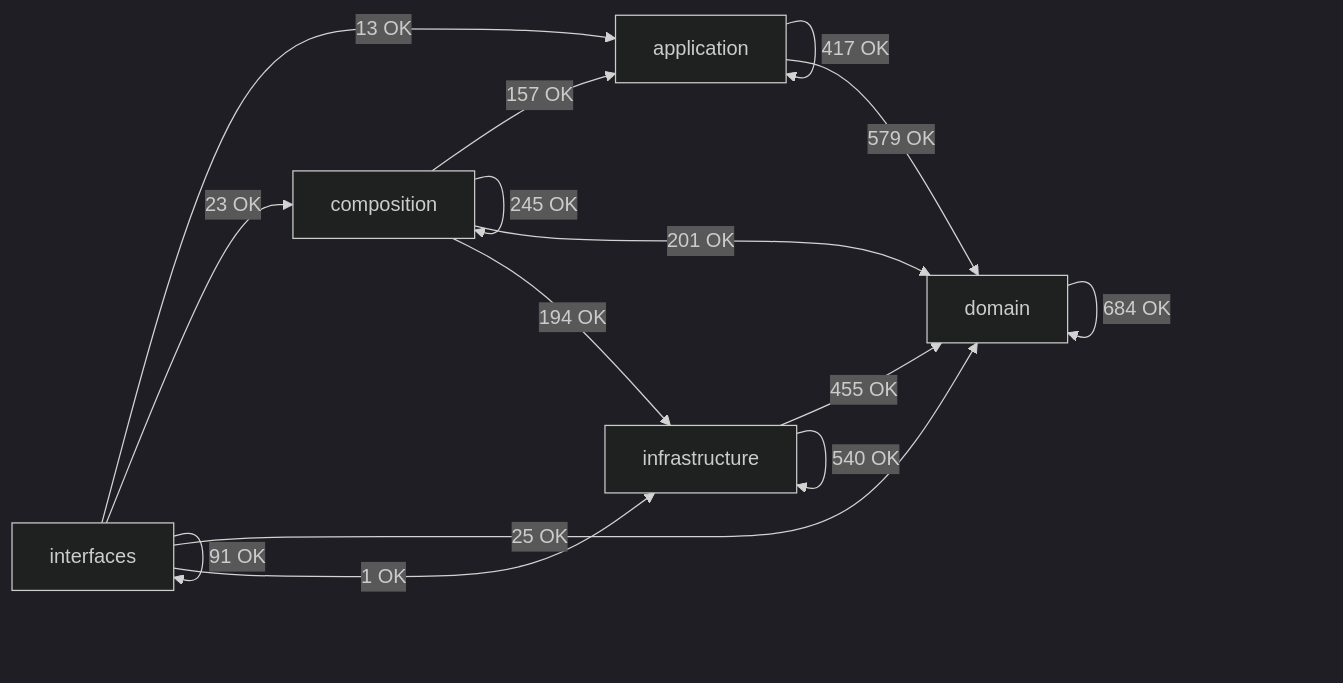
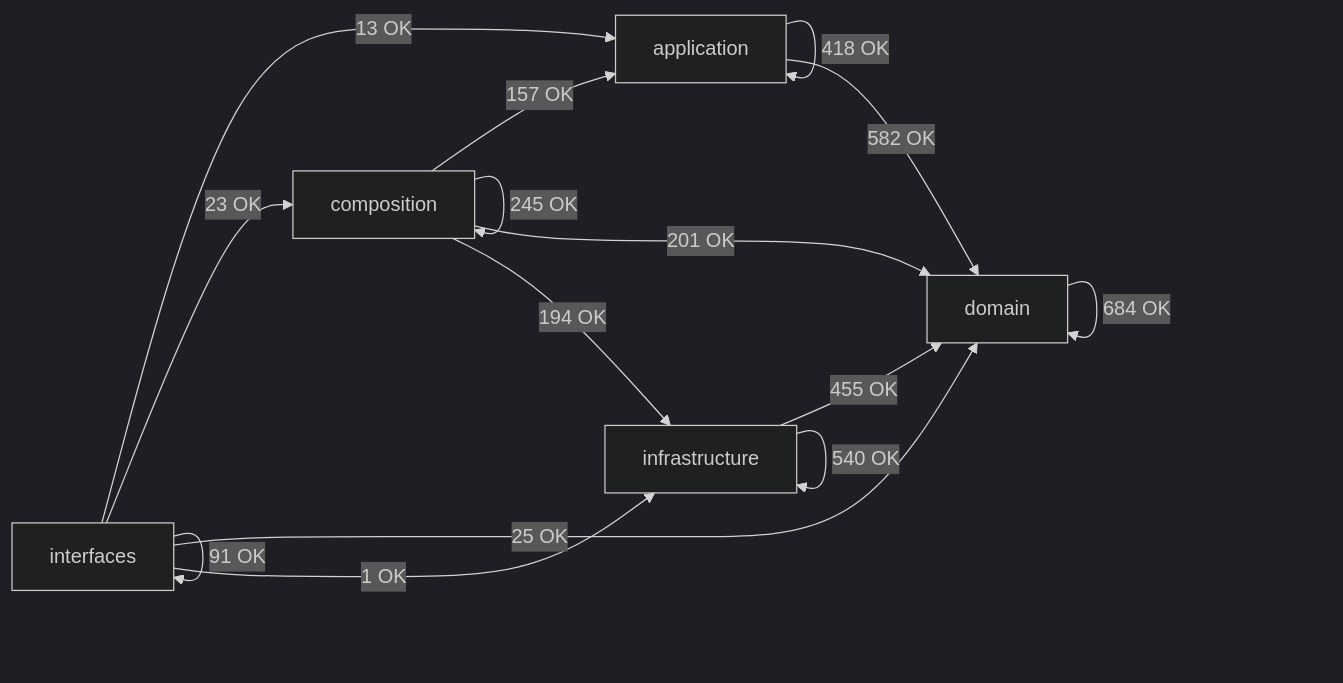
The diagram in docs/02-architecture/generated/module-dependency-map.md (SatoryKono/BioactivityDataAcquisition), drawn with Mermaid (dark theme) before and after one commit. The commit also changed other lines of this file and 28 other files, not shown here.

````diff
--- a/docs/02-architecture/generated/module-dependency-map.md
+++ b/docs/02-architecture/generated/module-dependency-map.md
@@ -16,22 +16,22 @@
 ```mermaid
 flowchart LR
     domain[domain]
     application[application]
     infrastructure[infrastructure]
     composition[composition]
     interfaces[interfaces]
-    application -->|417 OK| application
-    application -->|579 OK| domain
+    application -->|418 OK| application
+    application -->|582 OK| domain
     composition -->|157 OK| application
     composition -->|245 OK| composition
     composition -->|201 OK| domain
     composition -->|194 OK| infrastructure
     domain -->|684 OK| domain
     infrastructure -->|455 OK| domain
     infrastructure -->|540 OK| infrastructure
     interfaces -->|13 OK| application
     interfaces -->|23 OK| composition
     interfaces -->|25 OK| domain
     interfaces -->|1 OK| infrastructure
     interfaces -->|91 OK| interfaces
 ```
````
